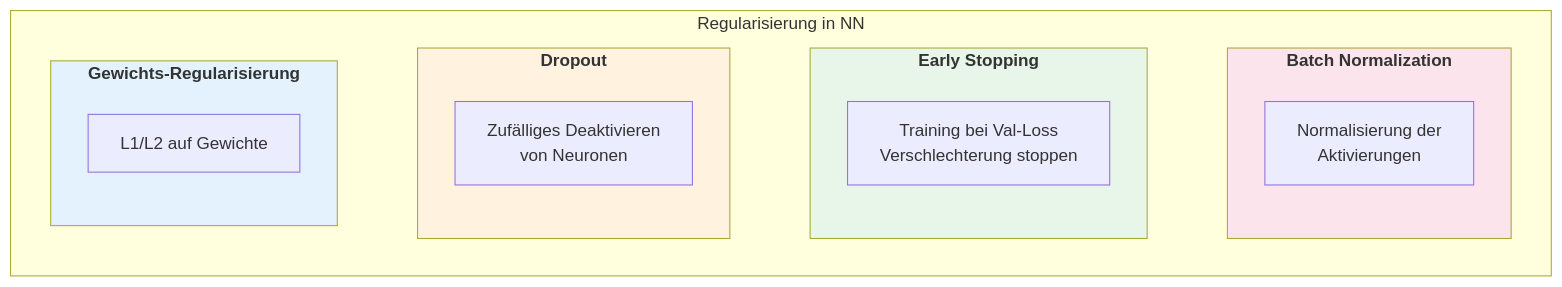
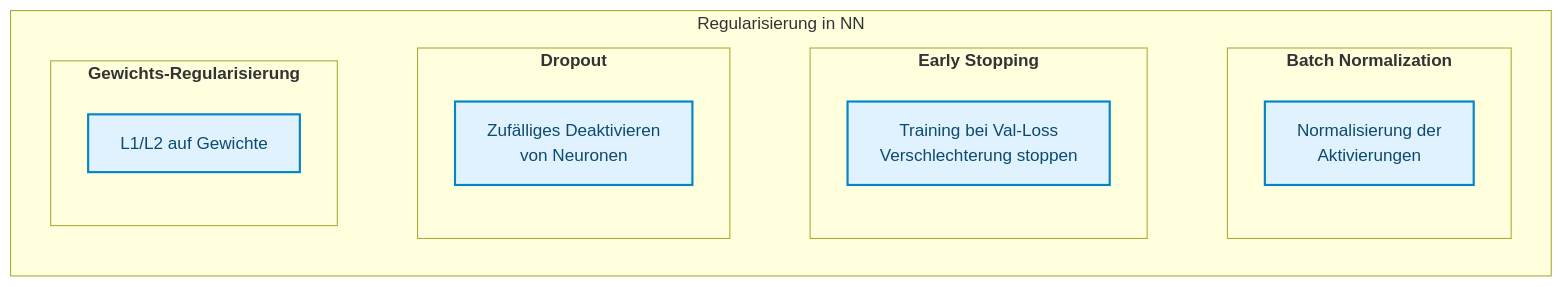
One commit to ralf-42/ML_Intro changed the third of 5 diagrams in docs/concepts/evaluate/regularisierung.md. Above: the diagram before and after it, drawn with Mermaid. The commit also changed other lines of this file and 67 other files, not shown here.

````diff
--- a/docs/concepts/evaluate/regularisierung.md
+++ b/docs/concepts/evaluate/regularisierung.md
@@ -320,27 +325,24 @@
 ```mermaid
 flowchart TB
     subgraph nn_reg["Regularisierung in NN"]
         subgraph weight["<b>Gewichts-Regularisierung"]
             W1["L1/L2 auf Gewichte"]
         end
         
         subgraph dropout["<b>Dropout"]
             D1["Zufälliges Deaktivieren<br/>von Neuronen"]
         end
         
         subgraph early["<b>Early Stopping"]
             E1["Training bei Val-Loss<br/>Verschlechterung stoppen"]
         end
         
         subgraph bn["<b>Batch Normalization"]
             B1["Normalisierung der<br/>Aktivierungen"]
         end
     end
     
     weight ~~~ dropout ~~~ early ~~~ bn
-    
-    style weight fill:#e3f2fd
-    style dropout fill:#fff3e0
-    style early fill:#e8f5e9
-    style bn fill:#fce4ec
+
+    classDef default fill:#e0f2fe,stroke:#0284c7,stroke-width:2px,color:#0c4a6e;
 ```
````
